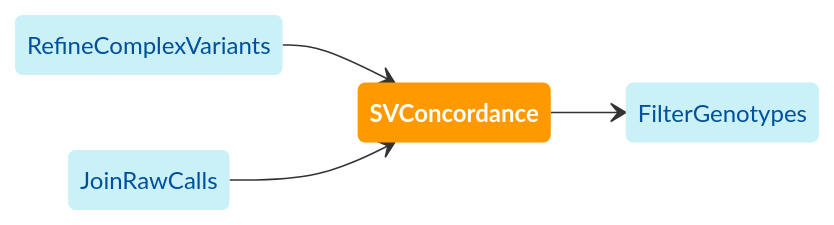
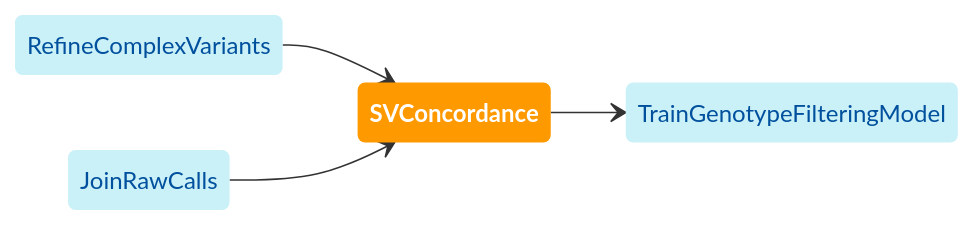
The diagram in website/docs/modules/concordance.md (broadinstitute/gatk-sv), drawn with Mermaid before and after one commit. The commit also changed 22 other files, not shown here.

````diff
--- a/website/docs/modules/concordance.md
+++ b/website/docs/modules/concordance.md
@@ -19,22 +19,22 @@
 ```mermaid
 
 stateDiagram
   direction LR
   
   classDef inModules stroke-width:0px,fill:#caf0f8,color:#00509d
   classDef thisModule font-weight:bold,stroke-width:0px,fill:#ff9900,color:white
   classDef outModules stroke-width:0px,fill:#caf0f8,color:#00509d
 
   refcv: RefineComplexVariants
   jrc: JoinRawCalls
   svc: SVConcordance
-  fg: FilterGenotypes
+  tgfm: TrainGenotypeFilteringModel
   refcv --> svc
   jrc --> svc
-  svc --> fg
+  svc --> tgfm
   
   class svc thisModule
   class refcv inModules
   class jrc inModules
-  class fg outModules
+  class tgfm outModules
 ```
````
